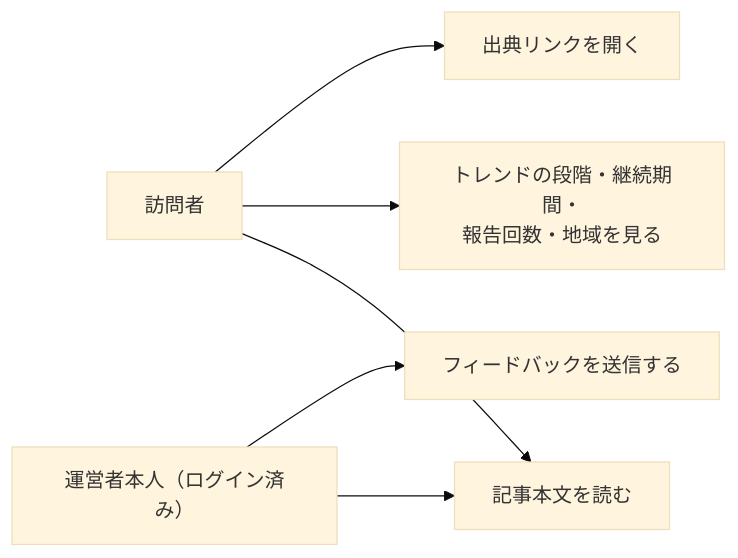
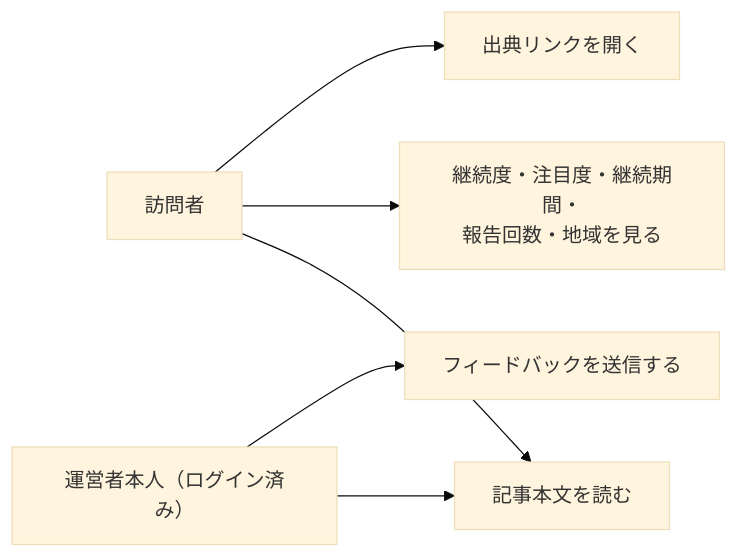
One commit to zakiyama0108/benriyatool changed the diagram in specs/trend-digest/article-detail/requirements.md. Above: the diagram before and after it, drawn with Mermaid (base theme). The commit also changed other lines of this file and 20 other files, not shown here.

````diff
--- a/specs/trend-digest/article-detail/requirements.md
+++ b/specs/trend-digest/article-detail/requirements.md
@@ -22,15 +23,15 @@
 ```mermaid
 flowchart LR
     visitor["訪問者"]
     admin["運営者本人（ログイン済み）"]
     readArticle["記事本文を読む"]
-    readStatus["トレンドの段階・継続期間・<br>報告回数・地域を見る"]
+    readStatus["継続度・注目度・継続期間・<br>報告回数・地域を見る"]
     openSource["出典リンクを開く"]
     sendFeedback["フィードバックを送信する"]
 
     visitor --> readArticle
     visitor --> readStatus
     visitor --> openSource
     admin --> readArticle
     admin --> sendFeedback
 ```
````
